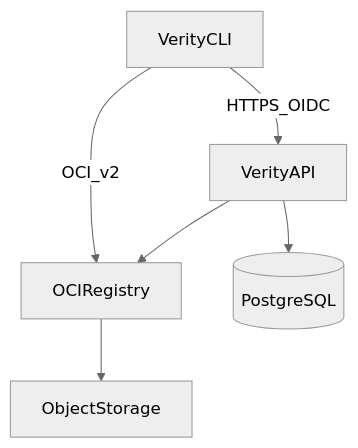
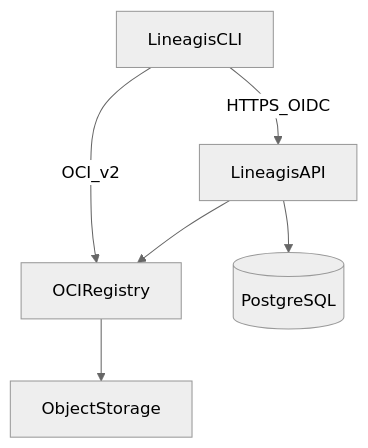
The diagram in docs/specs/architecture.md (BrendenWalker/lineagis), drawn with Mermaid (neutral theme) before and after one commit. The commit also changed other lines of this file and 135 other files, not shown here.

First line of the commit message:
Rename project from Verity to Lineagis. (#114)

````diff
--- a/docs/specs/architecture.md
+++ b/docs/specs/architecture.md
@@ -59,14 +59,14 @@
 ```mermaid
 flowchart TB
-  CLI[VerityCLI]
-  API[VerityAPI]
+  CLI[LineagisCLI]
+  API[LineagisAPI]
   Reg[OCIRegistry]
   DB[(PostgreSQL)]
   S3[ObjectStorage]
 
   CLI -->|HTTPS_OIDC| API
   CLI -->|OCI_v2| Reg
   API --> DB
   API --> Reg
   Reg --> S3
 ```
````
